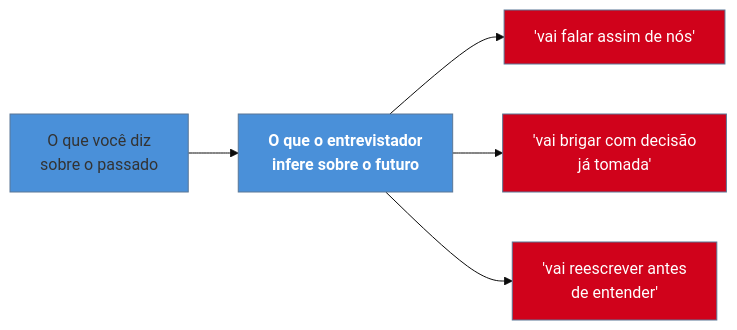
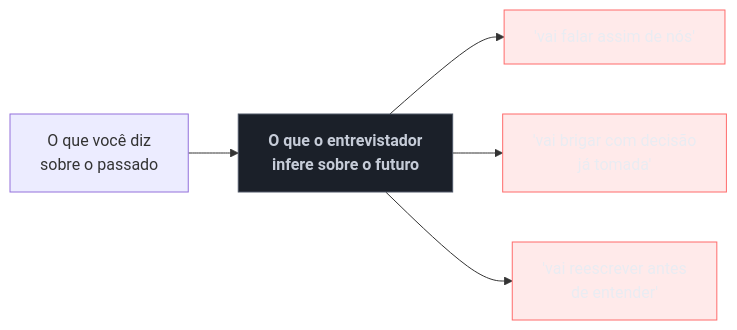
One commit to josenaldo/codex-technomanticus changed the diagram in 03-Dominios/Carreira/Entrevistas/12 - Red flags que sêniores produzem sem perceber.md. Above: the diagram before and after it, drawn with Mermaid. The commit also changed 1181 other files, not shown here.

First line of the commit message:
fix(diagramas): paleta do sistema no lugar de cor cravada no markdown

````diff
--- a/03-Dominios/Carreira/Entrevistas/12 - Red flags que sêniores produzem sem perceber.md
+++ b/03-Dominios/Carreira/Entrevistas/12 - Red flags que sêniores produzem sem perceber.md
@@ -55,13 +55,14 @@
 ```mermaid
-%%{init: {"theme": "base", "themeVariables": {"primaryColor": "#4A90D9"}}}%%
 graph LR
+    classDef neutro fill:#1B2029,stroke:#4E5666,color:#C6CCD8
+    classDef falha fill:#FF6B6B24,stroke:#FF6B6B,color:#E9ECF2
     A["O que você diz<br/>sobre o passado"] --> B["<b>O que o entrevistador<br/>infere sobre o futuro</b>"]
     B --> C["'vai falar assim de nós'"]
     B --> D["'vai brigar com decisão<br/>já tomada'"]
     B --> E["'vai reescrever antes<br/>de entender'"]
 
-    style B fill:#4A90D9,color:#fff
-    style C fill:#D0021B,color:#fff
-    style D fill:#D0021B,color:#fff
-    style E fill:#D0021B,color:#fff
+    class B neutro
+    class C falha
+    class D falha
+    class E falha
 ```
````
